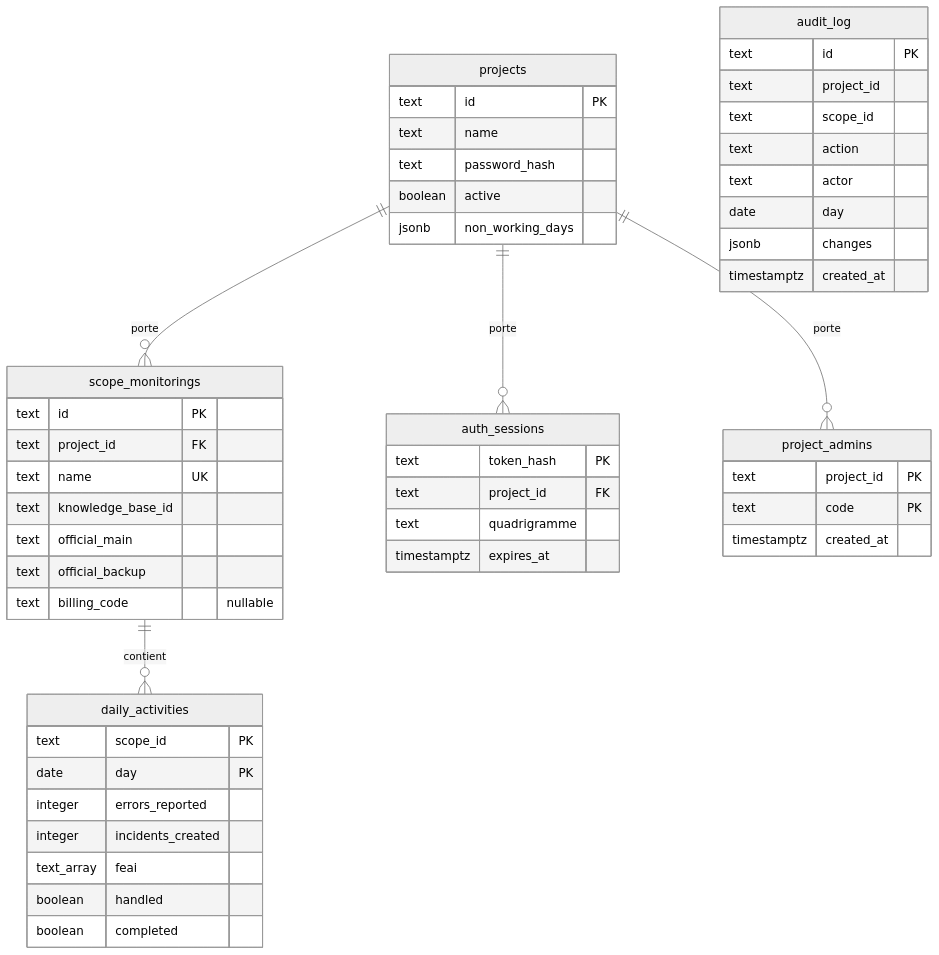
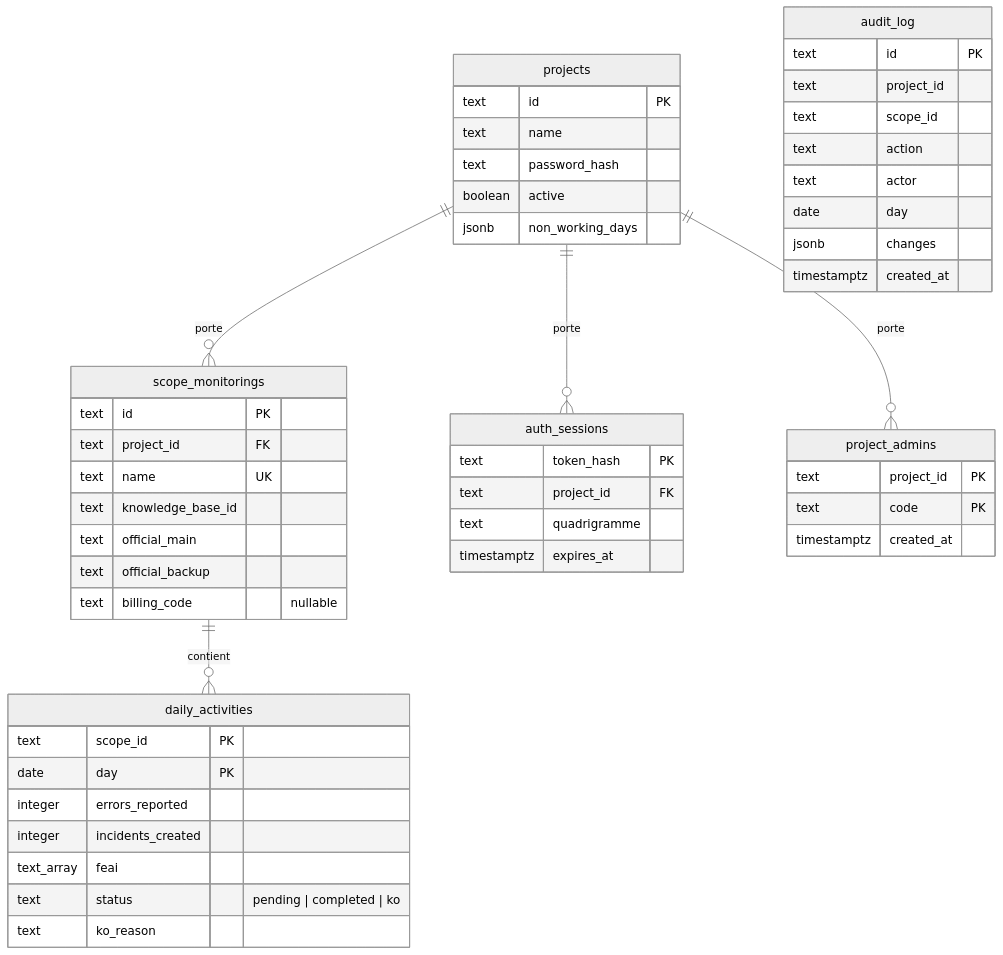
Before and after one commit to JneiraS/Tally: the third of 3 diagrams in docs/architecture.md, drawn with Mermaid (neutral theme). The commit also changed other lines of this file and 56 other files, not shown here.

Commit message:
Replace handled/completed with DayStatus

````diff
--- a/docs/architecture.md
+++ b/docs/architecture.md
@@ -379,54 +394,54 @@
 ```mermaid
 erDiagram
     projects ||--o{ scope_monitorings : porte
     projects ||--o{ auth_sessions : porte
     projects ||--o{ project_admins : porte
     scope_monitorings ||--o{ daily_activities : contient
 
     projects {
         text id PK
         text name
         text password_hash
         boolean active
         jsonb non_working_days
     }
     scope_monitorings {
         text id PK
         text project_id FK
         text name UK
         text knowledge_base_id
         text official_main
         text official_backup
         text billing_code "nullable"
     }
     daily_activities {
         text scope_id PK
         date day PK
         integer errors_reported
         integer incidents_created
         text_array feai
-        boolean handled
-        boolean completed
+        text status "pending | completed | ko"
+        text ko_reason
     }
     auth_sessions {
         text token_hash PK
         text project_id FK
         text quadrigramme
         timestamptz expires_at
     }
     project_admins {
         text project_id PK
         text code PK
         timestamptz created_at
     }
     audit_log {
         text id PK
         text project_id
         text scope_id
         text action
         text actor
         date day
         jsonb changes
         timestamptz created_at
     }
 ```
````
